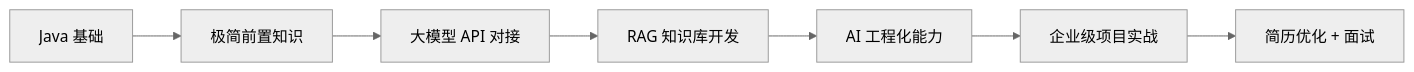
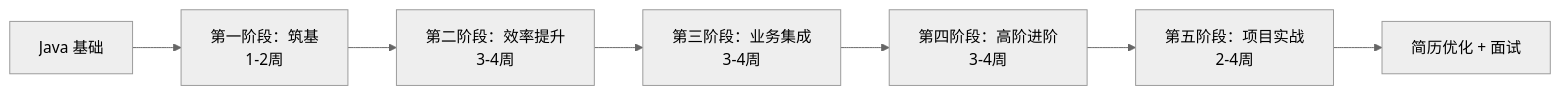
Before and after one commit to zhilonglee/zhilonglee.github.io: the diagram in articles/java/java-ai-roadmap.md, drawn with Mermaid (neutral theme). The commit also changed other lines of this file and 13 other files, not shown here.

````diff
--- a/articles/java/java-ai-roadmap.md
+++ b/articles/java/java-ai-roadmap.md
@@ -19,9 +26,9 @@
 ```mermaid
 graph LR
-    A[Java 基础] --> B[极简前置知识]
-    B --> C[大模型 API 对接]
-    C --> D[RAG 知识库开发]
-    D --> E[AI 工程化能力]
-    E --> F[企业级项目实战]
+    A[Java 基础] --> B[第一阶段：筑基<br/>1-2周]
+    B --> C[第二阶段：效率提升<br/>3-4周]
+    C --> D[第三阶段：业务集成<br/>3-4周]
+    D --> E[第四阶段：高阶进阶<br/>3-4周]
+    E --> F[第五阶段：项目实战<br/>2-4周]
     F --> G[简历优化 + 面试]
 ```
````
